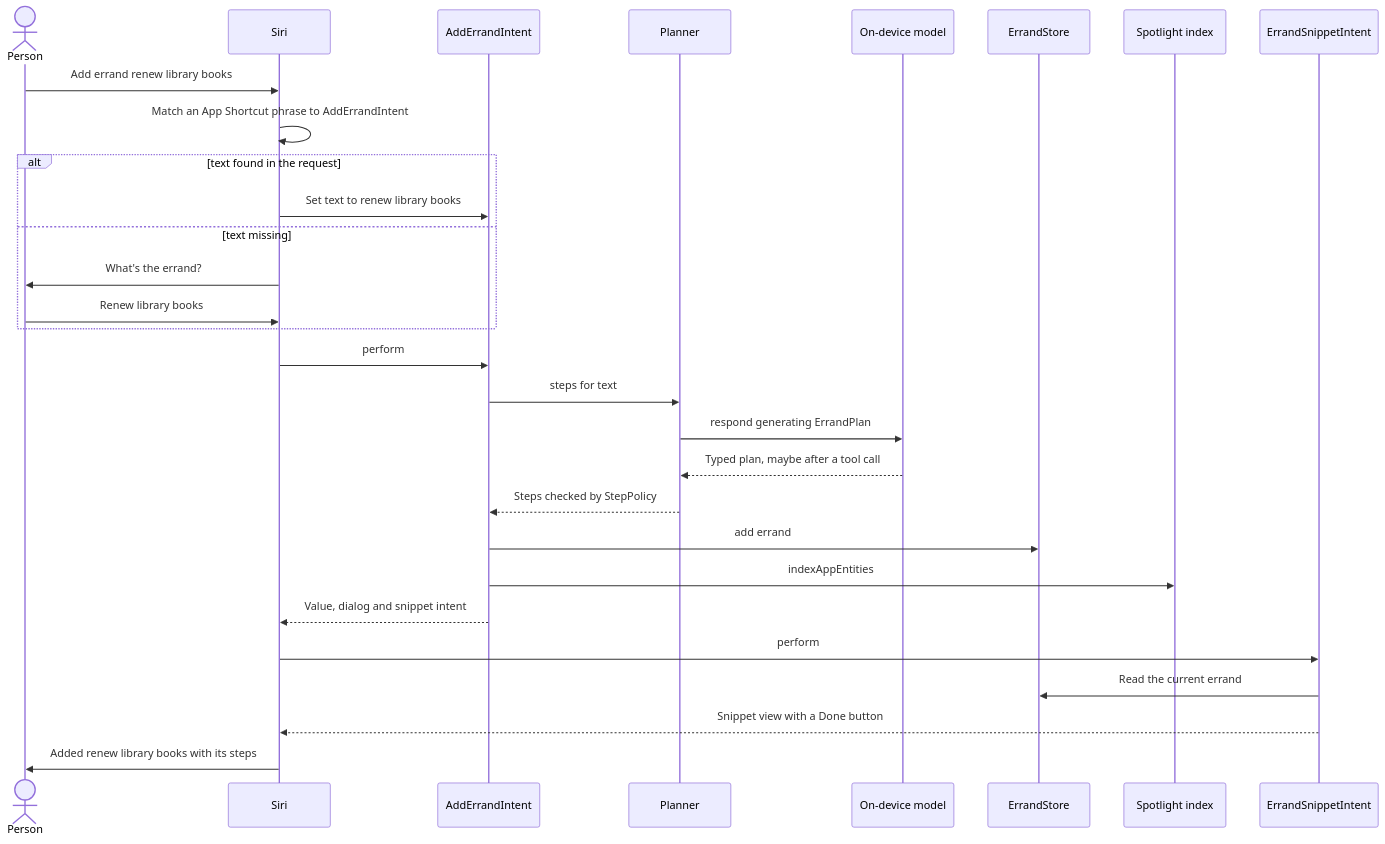
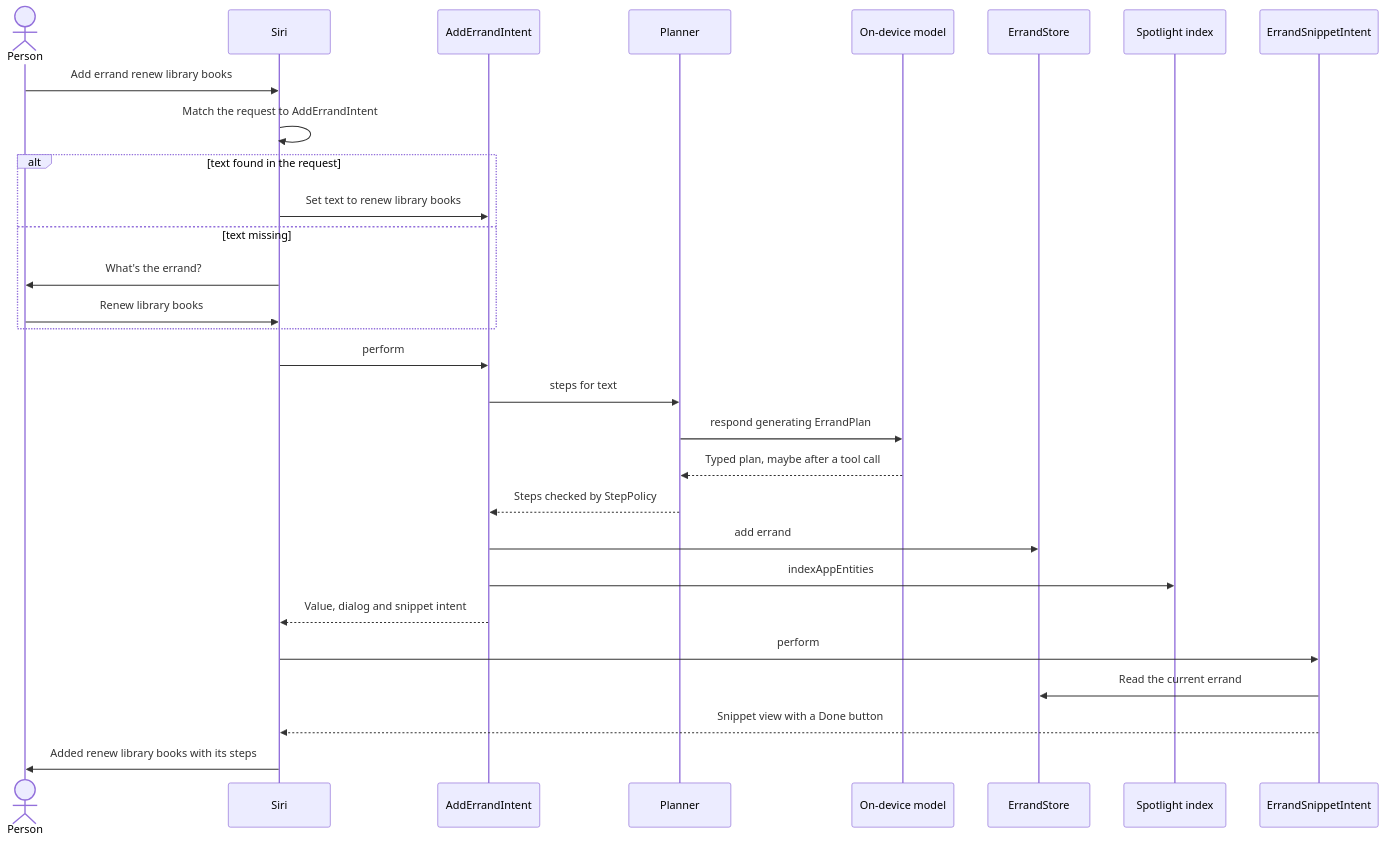
The second of 2 diagrams in learn/capstone-errand.md (ehzawad/ideation-of-ios-app), drawn with Mermaid before and after one commit. The commit also changed other lines of this file and 6 other files, not shown here.

````diff
--- a/learn/capstone-errand.md
+++ b/learn/capstone-errand.md
@@ -69,31 +69,31 @@
 ```mermaid
 sequenceDiagram
   actor P as Person
   participant Siri
   participant I as AddErrandIntent
   participant PL as Planner
   participant M as On-device model
   participant S as ErrandStore
   participant X as Spotlight index
   participant N as ErrandSnippetIntent
   P->>Siri: Add errand renew library books
-  Siri->>Siri: Match an App Shortcut phrase to AddErrandIntent
+  Siri->>Siri: Match the request to AddErrandIntent
   alt text found in the request
     Siri->>I: Set text to renew library books
   else text missing
     Siri->>P: What's the errand?
     P->>Siri: Renew library books
   end
   Siri->>I: perform
   I->>PL: steps for text
   PL->>M: respond generating ErrandPlan
   M-->>PL: Typed plan, maybe after a tool call
   PL-->>I: Steps checked by StepPolicy
   I->>S: add errand
   I->>X: indexAppEntities
   I-->>Siri: Value, dialog and snippet intent
   Siri->>N: perform
   N->>S: Read the current errand
   N-->>Siri: Snippet view with a Done button
   Siri->>P: Added renew library books with its steps
 ```
````
